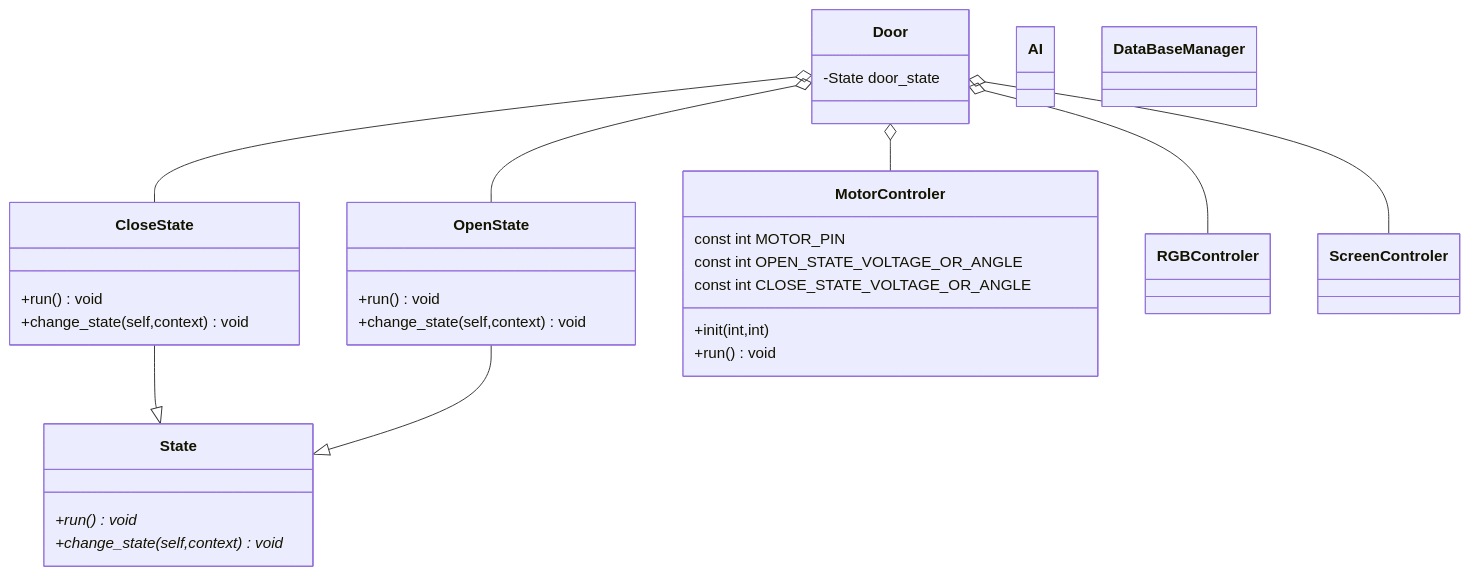
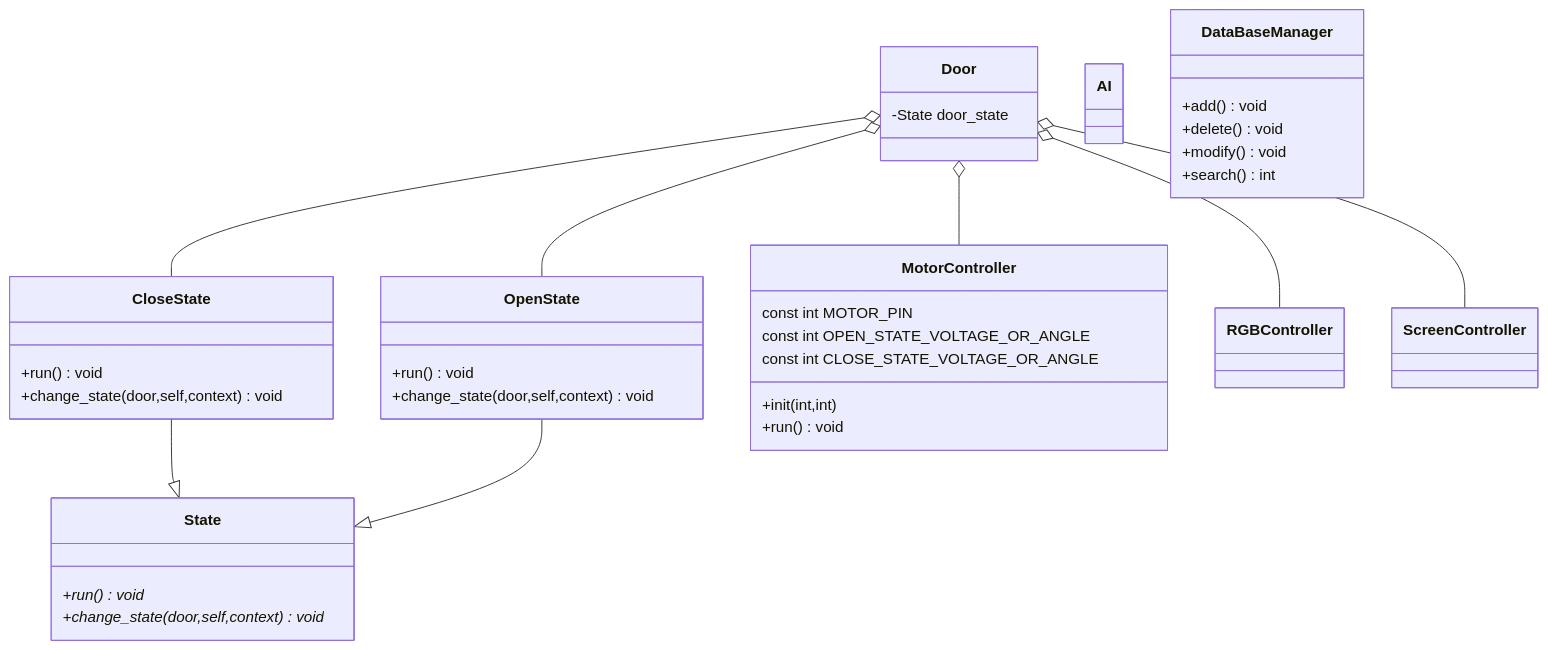
The first of 2 diagrams in software_structure.md (Xiaoyang-Lyu/y2_project), drawn with Mermaid before and after one commit. The commit also changed other lines of this file, not shown here.

Commit message:
fiix some naming bug

````diff
--- a/software_structure.md
+++ b/software_structure.md
@@ -1,53 +1,58 @@
 ```mermaid
 classDiagram
 
 class State{
     +run() void*
-    +change_state(self,context) void*
+    +change_state(door,self,context) void*
 
 }
 
 class CloseState{
     +run() void
-    +change_state(self,context) void
+    +change_state(door,self,context) void
 }
 
 class OpenState{
     +run() void
-    +change_state(self,context) void
+    +change_state(door,self,context) void
 }
 
-class MotorControler{
+class MotorController{
     const int MOTOR_PIN
     const int OPEN_STATE_VOLTAGE_OR_ANGLE
     const int CLOSE_STATE_VOLTAGE_OR_ANGLE
     +init(int,int)
     +run() void
 }
 
-class RGBControler
+class RGBController
 
-class ScreenControler
+class ScreenController
 
 
 class Door{
     -State door_state
 }
 
 class AI
 
-class DataBaseManager
+class DataBaseManager{
+    +add() void
+    +delete() void
+    +modify() void
+    +search() int
+}
 
 
 CloseState --|> State
 OpenState --|> State
 Door o-- CloseState
 Door o-- OpenState
-Door o-- MotorControler
-Door o-- RGBControler
-Door o-- ScreenControler
+Door o-- MotorController
+Door o-- RGBController
+Door o-- ScreenController
 
 
 
 
 ```
````
